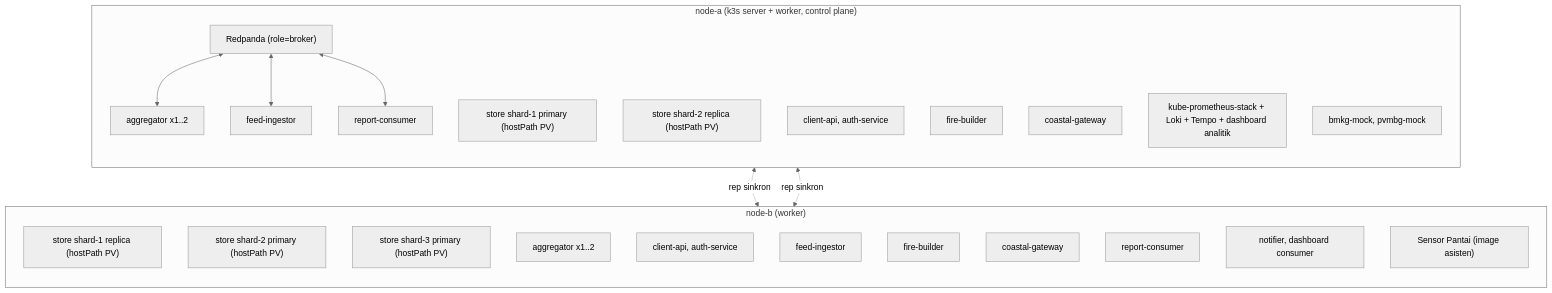
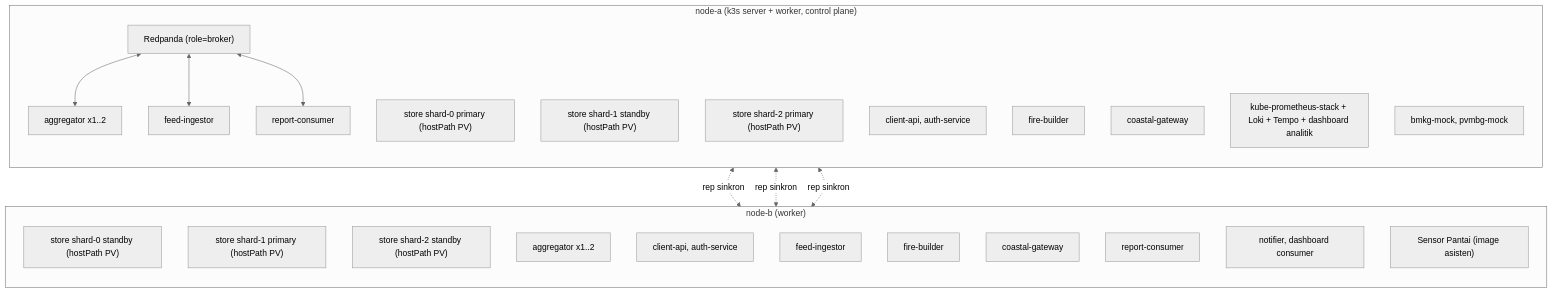
The second of 2 diagrams in docs/report-m2.md (PikaProgram/SixtributedSystems), drawn with Mermaid (neutral theme) before and after one commit. The commit also changed other lines of this file and 16 other files, not shown here.

First line of the commit message:
feat: m2 sharded store - primary/standby per shard, shard controller, shared storeclient

````diff
--- a/docs/report-m2.md
+++ b/docs/report-m2.md
@@ -183,38 +183,40 @@
 ```mermaid
 flowchart TB
   subgraph NA["node-a (k3s server + worker, control plane)"]
     direction TB
     RP["Redpanda (role=broker)"]
-    SA1["store shard-1 primary (hostPath PV)"]
-    SB1["store shard-2 replica (hostPath PV)"]
+    SA1["store shard-0 primary (hostPath PV)"]
+    SB1["store shard-1 standby (hostPath PV)"]
+    SA3["store shard-2 primary (hostPath PV)"]
     AG1["aggregator x1..2"]
     API1["client-api, auth-service"]
     ING1["feed-ingestor"]
     FB1["fire-builder"]
     CG1["coastal-gateway"]
     RC1["report-consumer"]
     DASH["kube-prometheus-stack + Loki + Tempo + dashboard analitik"]
     MOCK1["bmkg-mock, pvmbg-mock"]
   end
 
   subgraph NB["node-b (worker)"]
     direction TB
-    SA2["store shard-1 replica (hostPath PV)"]
-    SB2["store shard-2 primary (hostPath PV)"]
-    SA3["store shard-3 primary (hostPath PV)"]
+    SA2["store shard-0 standby (hostPath PV)"]
+    SB2["store shard-1 primary (hostPath PV)"]
+    SB3["store shard-2 standby (hostPath PV)"]
     AG2["aggregator x1..2"]
     API2["client-api, auth-service"]
     ING2["feed-ingestor"]
     FB2["fire-builder"]
     CG2["coastal-gateway"]
     RC2["report-consumer"]
     NOT1["notifier, dashboard consumer"]
     SP1["Sensor Pantai (image asisten)"]
   end
 
   RP <--> AG1
   RP <--> ING1
   RP <--> RC1
   SA1 <-. "rep sinkron" .-> SA2
   SB1 <-. "rep sinkron" .-> SB2
+  SA3 <-. "rep sinkron" .-> SB3
 ```
````
